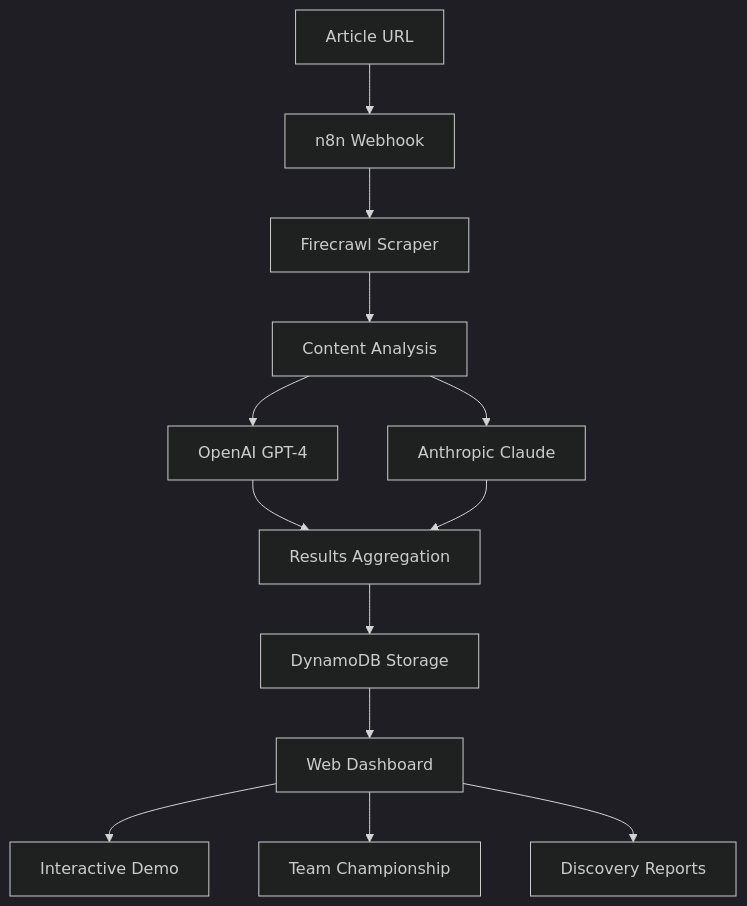
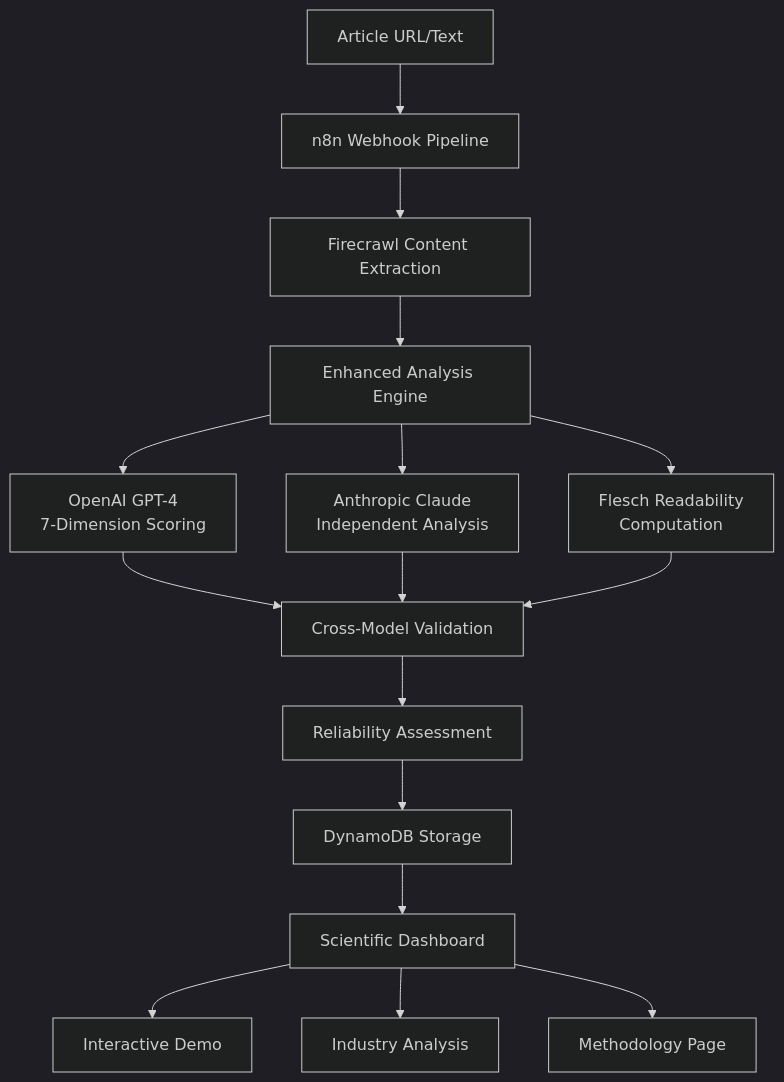
One commit to dp-pcs/expertise-inflation-index changed the diagram in README.md. Above: the diagram before and after it, drawn with Mermaid (dark theme). The commit also changed other lines of this file, not shown here.

Commit message:
Update README for enhanced scientific methodology with 7-dimension validation system

````diff
--- a/README.md
+++ b/README.md
@@ -75,15 +95,18 @@
 ```mermaid
 graph TB
-    A[Article URL] --> B[n8n Webhook]
-    B --> C[Firecrawl Scraper] 
-    C --> D[Content Analysis]
-    D --> E[OpenAI GPT-4]
-    D --> F[Anthropic Claude]
-    E --> G[Results Aggregation]
-    F --> G
-    G --> H[DynamoDB Storage]
-    H --> I[Web Dashboard]
-    I --> J[Interactive Demo]
-    I --> K[Team Championship]
-    I --> L[Discovery Reports]
+    A[Article URL/Text] --> B[n8n Webhook Pipeline]
+    B --> C[Firecrawl Content Extraction] 
+    C --> D[Enhanced Analysis Engine]
+    D --> E[OpenAI GPT-4<br/>7-Dimension Scoring]
+    D --> F[Anthropic Claude<br/>Independent Analysis]
+    D --> G[Flesch Readability<br/>Computation]
+    E --> H[Cross-Model Validation]
+    F --> H
+    G --> H
+    H --> I[Reliability Assessment]
+    I --> J[DynamoDB Storage]
+    J --> K[Scientific Dashboard]
+    K --> L[Interactive Demo]
+    K --> M[Industry Analysis]
+    K --> N[Methodology Page]
 ```
````
